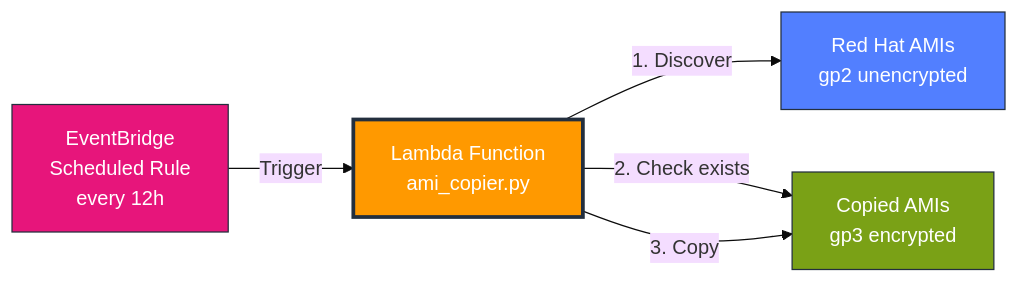
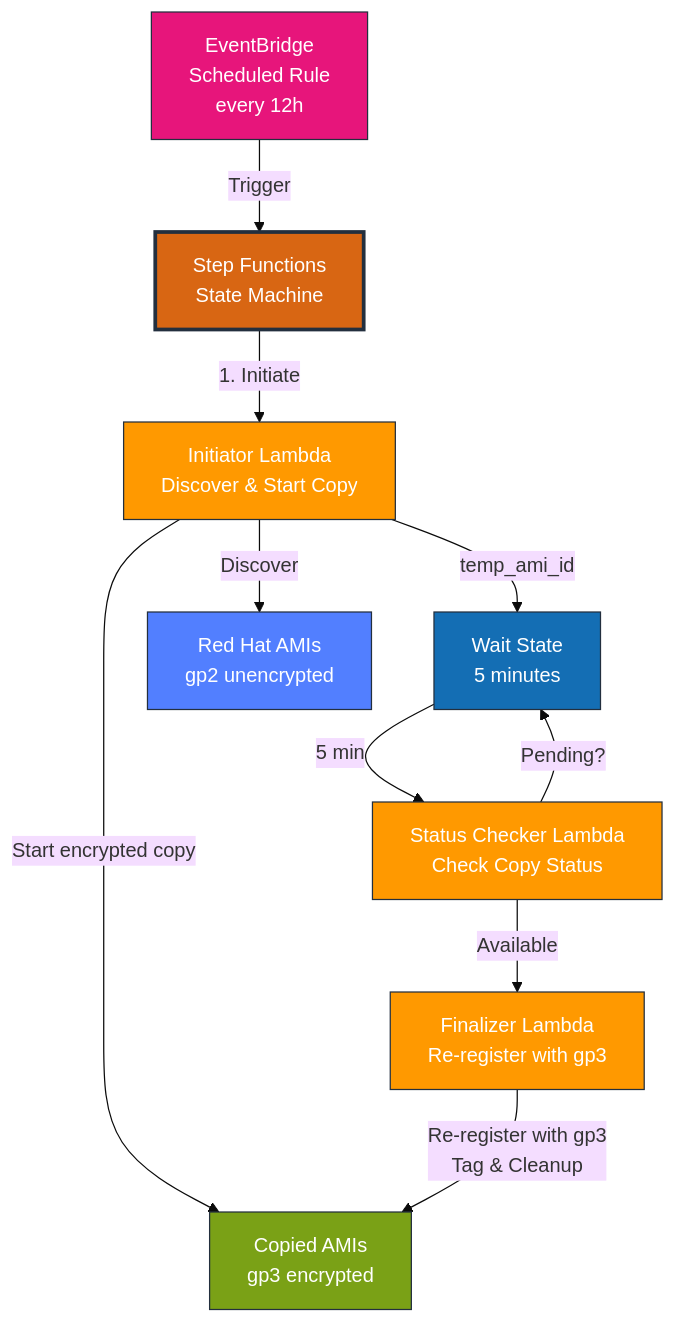
One commit to PodioSpaz/ami-copier changed the first of 2 diagrams in README.md. Above: the diagram before and after it, drawn with Mermaid (base theme). The commit also changed other lines of this file, not shown here.

Commit message:
docs: update README for Step Functions architecture (#35)

````diff
--- a/README.md
+++ b/README.md
@@ -21,17 +21,30 @@
 ```mermaid
-graph LR
+graph TB
     EB[EventBridge<br/>Scheduled Rule<br/>every 12h]
-    Lambda[Lambda Function<br/>ami_copier.py]
+    SF[Step Functions<br/>State Machine]
+    Init[Initiator Lambda<br/>Discover & Start Copy]
+    Wait[Wait State<br/>5 minutes]
+    Check[Status Checker Lambda<br/>Check Copy Status]
+    Final[Finalizer Lambda<br/>Re-register with gp3]
     Source[Red Hat AMIs<br/>gp2 unencrypted]
     Target[Copied AMIs<br/>gp3 encrypted]
 
-    EB -->|Trigger| Lambda
-    Lambda -->|1. Discover| Source
-    Lambda -->|2. Check exists| Target
-    Lambda -->|3. Copy| Target
+    EB -->|Trigger| SF
+    SF -->|1. Initiate| Init
+    Init -->|Discover| Source
+    Init -->|Start encrypted copy| Target
+    Init -->|temp_ami_id| Wait
+    Wait -->|5 min| Check
+    Check -->|Pending?| Wait
+    Check -->|Available| Final
+    Final -->|Re-register with gp3<br/>Tag & Cleanup| Target
 
-    style Lambda fill:#FF9900,stroke:#232F3E,color:#fff,stroke-width:3px
+    style SF fill:#D86613,stroke:#232F3E,color:#fff,stroke-width:3px
+    style Init fill:#FF9900,stroke:#232F3E,color:#fff
+    style Check fill:#FF9900,stroke:#232F3E,color:#fff
+    style Final fill:#FF9900,stroke:#232F3E,color:#fff
     style EB fill:#E7157B,stroke:#232F3E,color:#fff
     style Source fill:#527FFF,stroke:#232F3E,color:#fff
     style Target fill:#7AA116,stroke:#232F3E,color:#fff
+    style Wait fill:#146EB4,stroke:#232F3E,color:#fff
 ```
````
